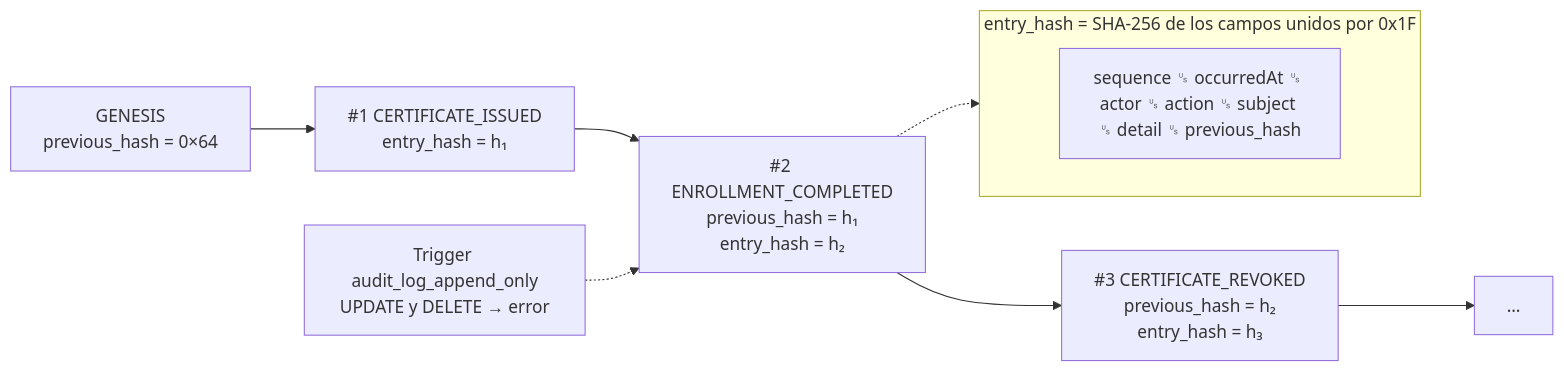
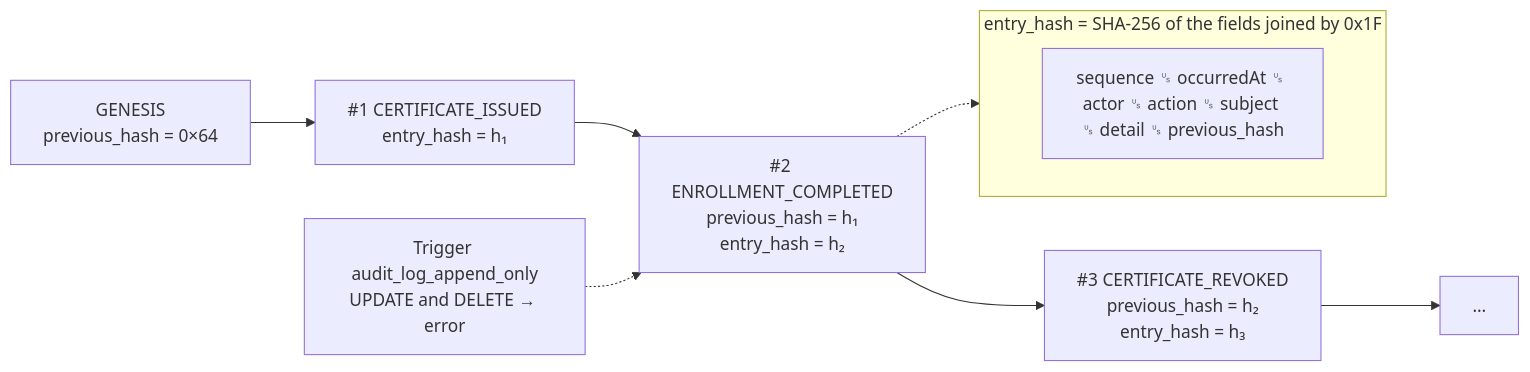
The ninth of 9 diagrams in README.md (Zoel-Manchon/keystone-control-plane), drawn with Mermaid before and after one commit. The commit also changed other lines of this file, not shown here.

First line of the commit message:
docs: rewrite the README in English, around the architecture

````diff
--- a/README.md
+++ b/README.md
@@ -403,15 +432,15 @@
 ```mermaid
 flowchart LR
     G["GENESIS<br/>previous_hash = 0×64"] --> E1
     E1["#1 CERTIFICATE_ISSUED<br/>entry_hash = h₁"] --> E2
     E2["#2 ENROLLMENT_COMPLETED<br/>previous_hash = h₁<br/>entry_hash = h₂"] --> E3
     E3["#3 CERTIFICATE_REVOKED<br/>previous_hash = h₂<br/>entry_hash = h₃"] --> E4["…"]
 
-    subgraph H["entry_hash = SHA-256 de los campos unidos por 0x1F"]
+    subgraph H["entry_hash = SHA-256 of the fields joined by 0x1F"]
         direction LR
         F["sequence ␟ occurredAt ␟ actor ␟ action ␟ subject ␟ detail ␟ previous_hash"]
     end
 
     E2 -.-> H
-    TR["Trigger audit_log_append_only<br/>UPDATE y DELETE → error"] -.-> E2
+    TR["Trigger audit_log_append_only<br/>UPDATE and DELETE → error"] -.-> E2
 ```
````
